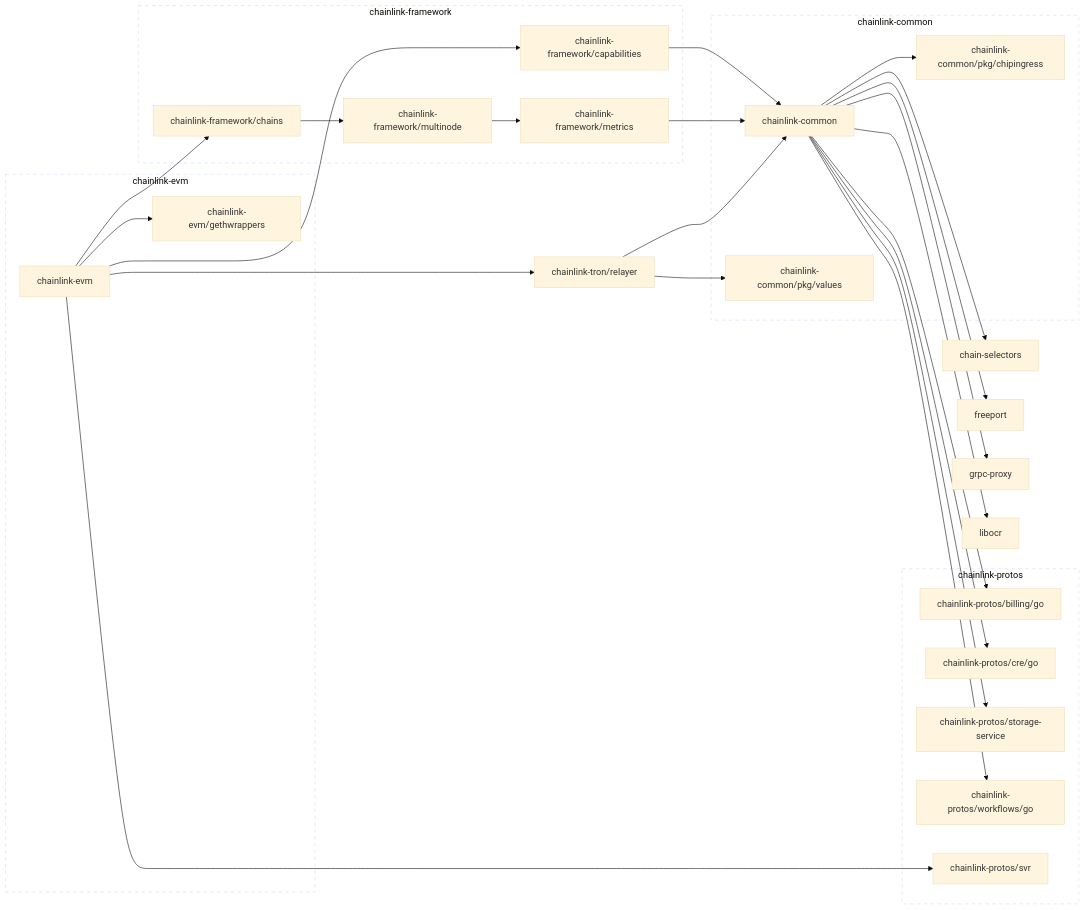
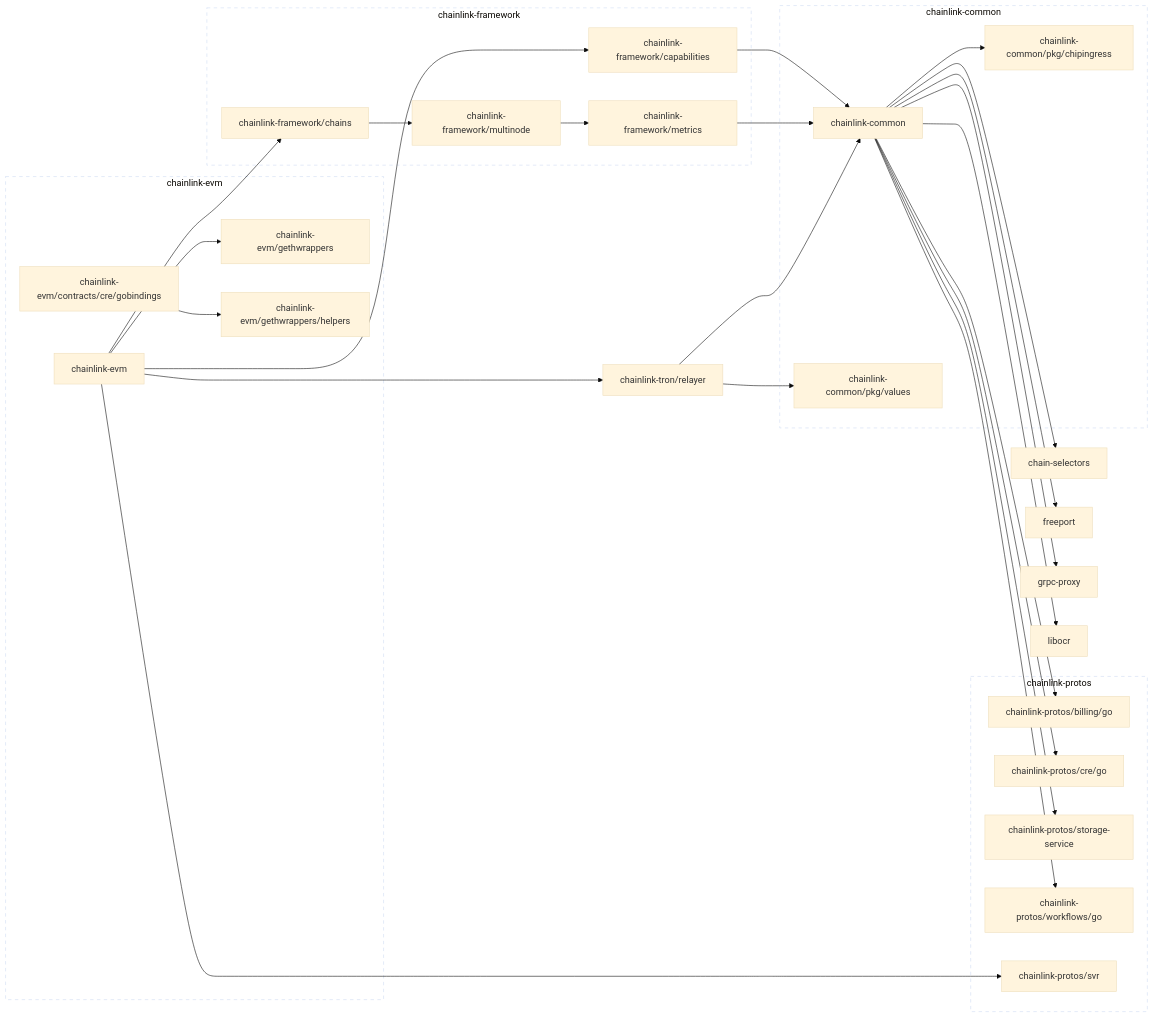
Before and after one commit to smartcontractkit/chainlink-evm: the diagram in go.md, drawn with Mermaid (base theme).

```diff
--- a/go.md
+++ b/go.md
@@ -24,8 +24,12 @@
 	chainlink-evm --> chainlink-protos/svr
 	chainlink-evm --> chainlink-tron/relayer
 	click chainlink-evm href "https://github.com/smartcontractkit/chainlink-evm"
+	chainlink-evm/contracts/cre/gobindings --> chainlink-evm/gethwrappers/helpers
+	click chainlink-evm/contracts/cre/gobindings href "https://github.com/smartcontractkit/chainlink-evm"
 	chainlink-evm/gethwrappers
 	click chainlink-evm/gethwrappers href "https://github.com/smartcontractkit/chainlink-evm"
+	chainlink-evm/gethwrappers/helpers
+	click chainlink-evm/gethwrappers/helpers href "https://github.com/smartcontractkit/chainlink-evm"
 	chainlink-framework/capabilities --> chainlink-common
 	click chainlink-framework/capabilities href "https://github.com/smartcontractkit/chainlink-framework"
 	chainlink-framework/chains --> chainlink-framework/multinode
@@ -63,7 +67,9 @@
 
 	subgraph chainlink-evm-repo[chainlink-evm]
 		 chainlink-evm
+		 chainlink-evm/contracts/cre/gobindings
 		 chainlink-evm/gethwrappers
+		 chainlink-evm/gethwrappers/helpers
 	end
 	click chainlink-evm-repo href "https://github.com/smartcontractkit/chainlink-evm"
 
```
